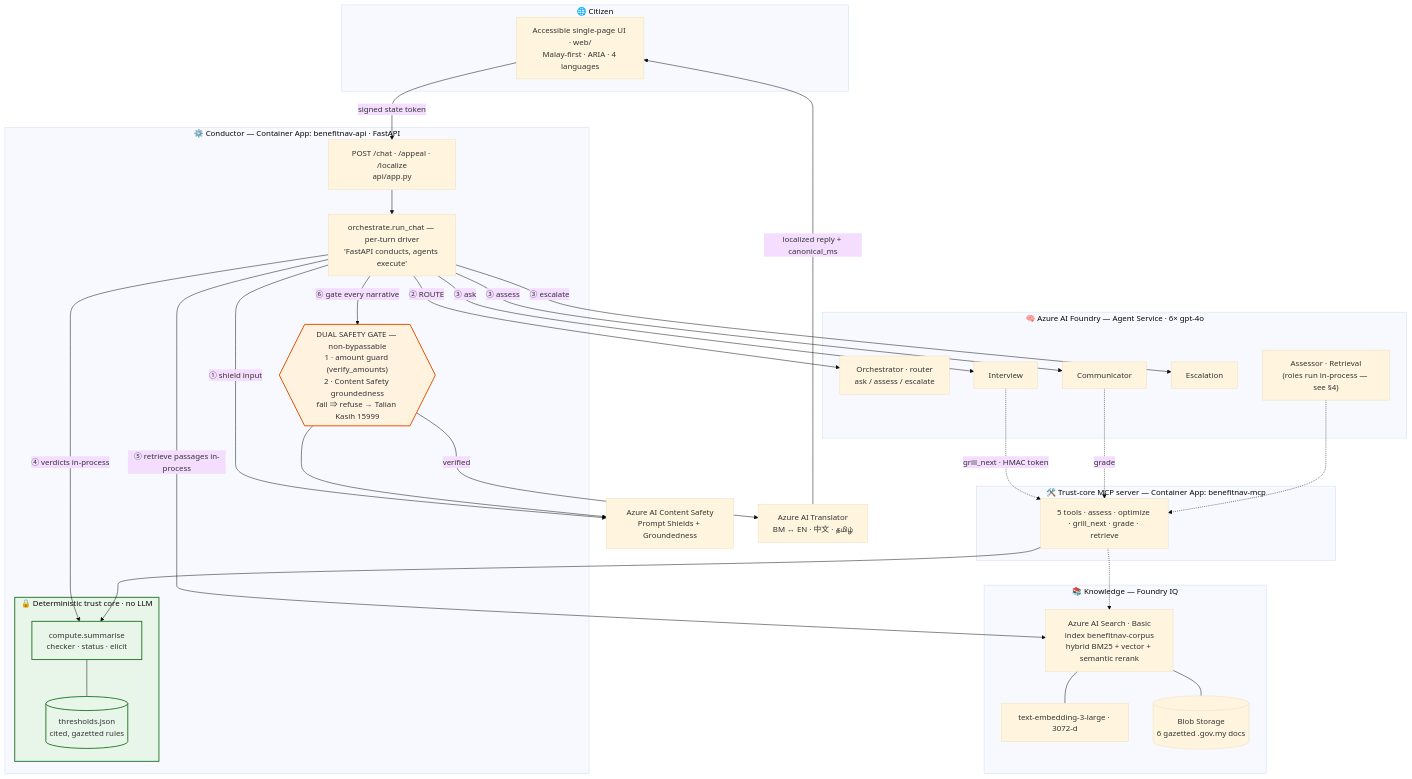
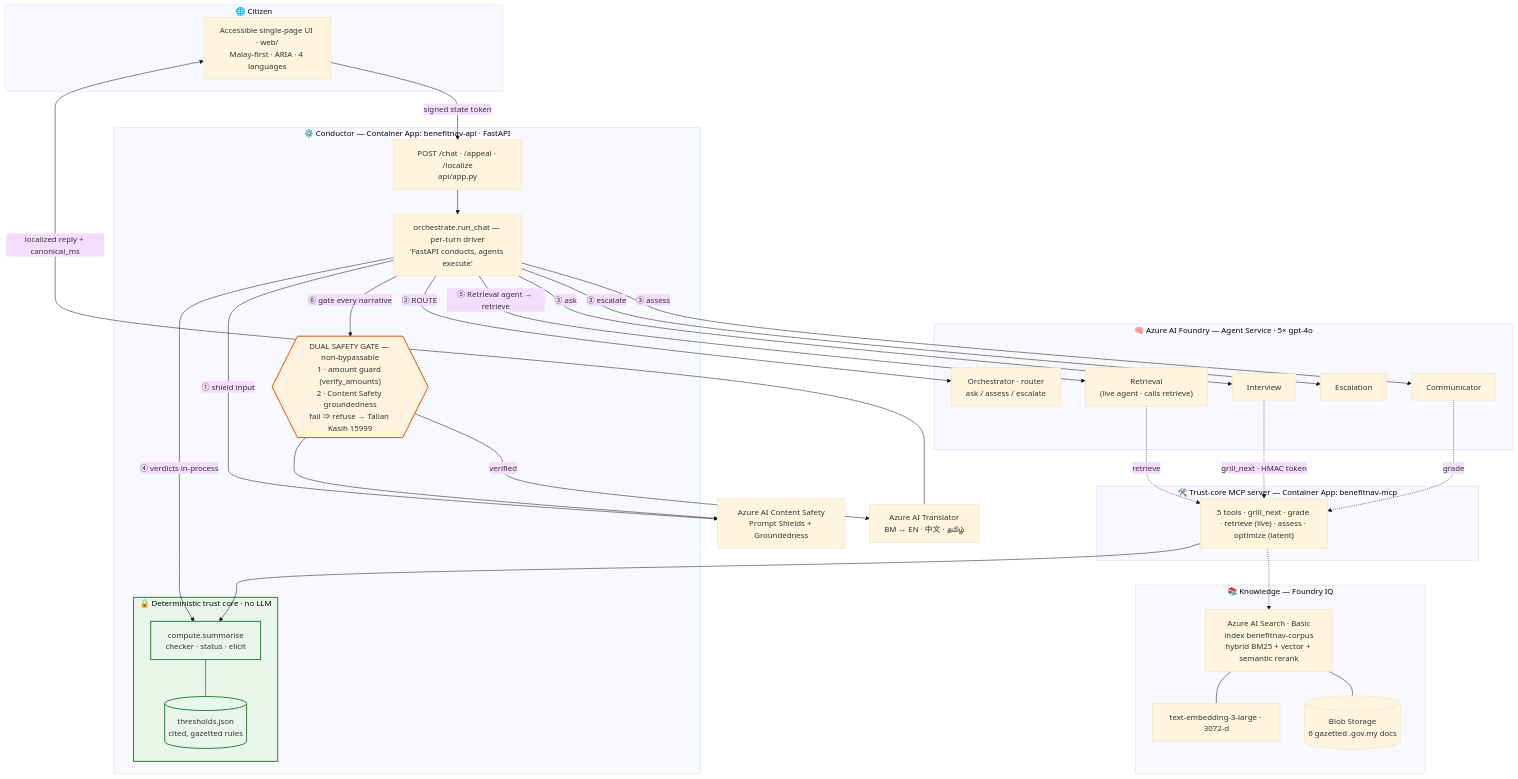
Before and after one commit to jipsy123/BenefitNavigator-MY: the first of 3 diagrams in docs/ARCHITECTURE.md, drawn with Mermaid (base theme). The commit also changed other lines of this file and 6 other files, not shown here.

First line of the commit message:
docs: 5 agents, live Retrieval agent, fail-hard retrieval; sweep dead constants; flag diagram regen

````diff
--- a/docs/ARCHITECTURE.md
+++ b/docs/ARCHITECTURE.md
@@ -13,64 +18,64 @@
 ```mermaid
 flowchart TB
     subgraph CLIENT["🌐 Citizen"]
         UI["Accessible single-page UI · web/<br/>Malay-first · ARIA · 4 languages"]
     end
 
     subgraph CONDUCTOR["⚙️ Conductor — Container App: benefitnav-api · FastAPI"]
         API["POST /chat · /appeal · /localize<br/>api/app.py"]
         ORCH["orchestrate.run_chat — per-turn driver<br/>'FastAPI conducts, agents execute'"]
         GATE{{"DUAL SAFETY GATE — non-bypassable<br/>1 · amount guard (verify_amounts)<br/>2 · Content Safety groundedness<br/>fail ⇒ refuse → Talian Kasih 15999"}}
         subgraph CORE["🔒 Deterministic trust core · no LLM"]
             COMPUTE["compute.summarise<br/>checker · status · elicit"]
             TH[("thresholds.json<br/>cited, gazetted rules")]
         end
     end
 
-    subgraph FOUNDRY["🧠 Azure AI Foundry — Agent Service · 6× gpt-4o"]
+    subgraph FOUNDRY["🧠 Azure AI Foundry — Agent Service · 5× gpt-4o"]
         ROUTER["Orchestrator · router<br/>ask / assess / escalate"]
         INT["Interview"]
         COMM["Communicator"]
         ESC["Escalation"]
-        ASSRET["Assessor · Retrieval<br/>(roles run in-process — see §4)"]
+        RET["Retrieval<br/>(live agent · calls retrieve)"]
     end
 
     subgraph MCP["🛠️ Trust-core MCP server — Container App: benefitnav-mcp"]
-        TOOLS["5 tools · assess · optimize · grill_next · grade · retrieve"]
+        TOOLS["5 tools · grill_next · grade · retrieve (live) · assess · optimize (latent)"]
     end
 
     subgraph KNOW["📚 Knowledge — Foundry IQ"]
         SEARCH["Azure AI Search · Basic<br/>index benefitnav-corpus<br/>hybrid BM25 + vector + semantic rerank"]
         EMB["text-embedding-3-large · 3072-d"]
         BLOB[("Blob Storage<br/>6 gazetted .gov.my docs")]
     end
 
     SAFETY["Azure AI Content Safety<br/>Prompt Shields + Groundedness"]
     TRANS["Azure AI Translator<br/>BM ↔ EN · 中文 · தமிழ்"]
 
     UI -->|"signed state token"| API
     API --> ORCH
     ORCH -->|"① shield input"| SAFETY
     ORCH -->|"② ROUTE"| ROUTER
     ORCH -->|"③ ask"| INT
     ORCH -->|"③ assess"| COMM
     ORCH -->|"③ escalate"| ESC
     ORCH -->|"④ verdicts in-process"| COMPUTE
     COMPUTE --- TH
-    ORCH -->|"⑤ retrieve passages in-process"| SEARCH
+    ORCH -->|"⑤ Retrieval agent → retrieve"| RET
+    RET -.->|"retrieve"| TOOLS
     INT -.->|"grill_next · HMAC token"| TOOLS
     COMM -.->|"grade"| TOOLS
-    ASSRET -.-> TOOLS
     TOOLS --> COMPUTE
     TOOLS -.-> SEARCH
     SEARCH --- EMB
     SEARCH --- BLOB
     ORCH -->|"⑥ gate every narrative"| GATE
     GATE --> SAFETY
     GATE -->|"verified"| TRANS
     TRANS -->|"localized reply + canonical_ms"| UI
 
     classDef trust fill:#e8f5e9,stroke:#2e7d32,stroke-width:2px;
     classDef gate fill:#fff3e0,stroke:#e65100,stroke-width:2px;
     class CORE,COMPUTE,TH trust;
     class GATE gate;
 ```
````
